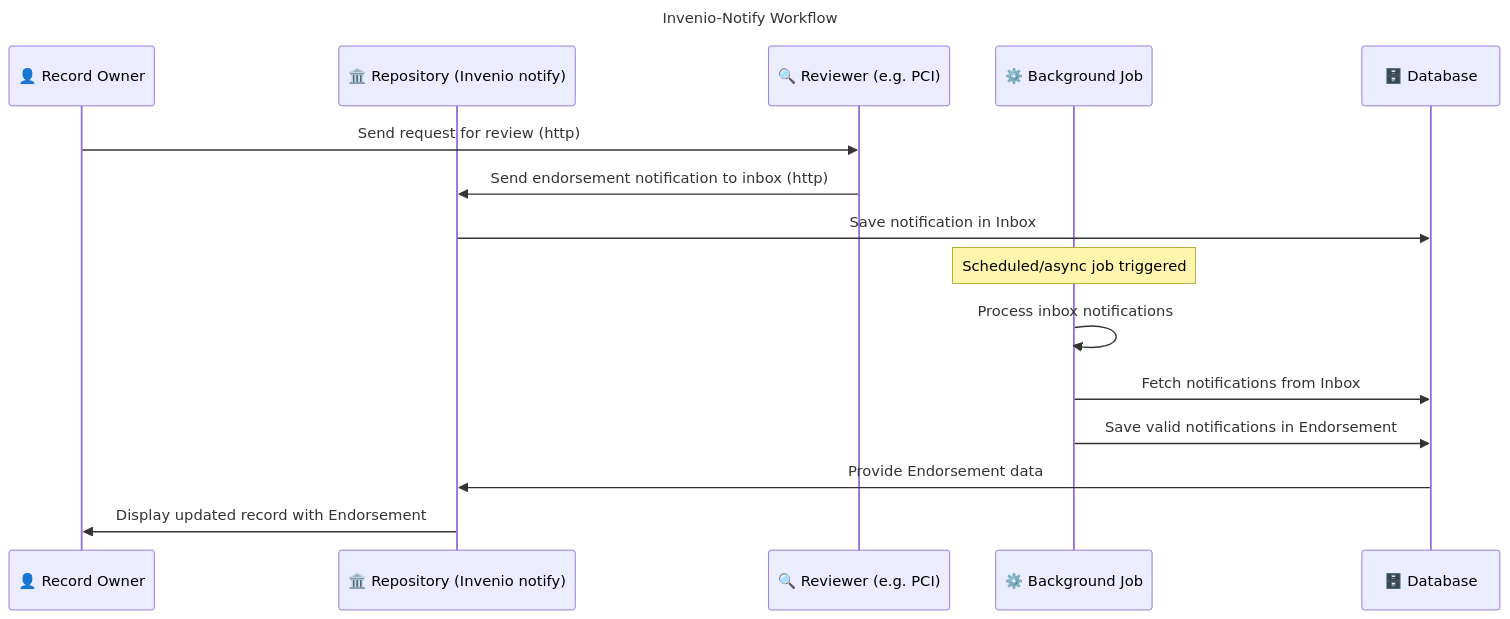
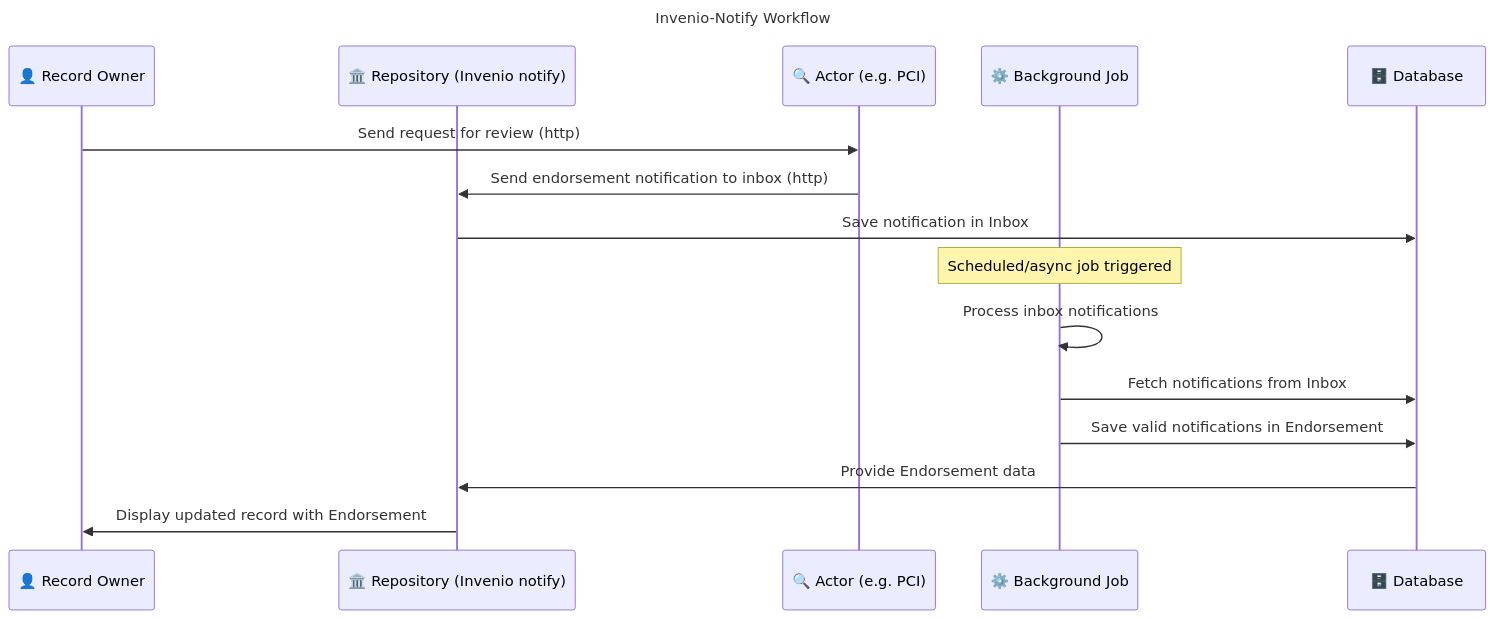
One commit to CottageLabs/invenio-notify changed the diagram in docs/diagram/notify_workflow.mmd. Above: the diagram before and after it, drawn with Mermaid. The commit also changed 84 other files, not shown here.

```diff
--- a/docs/diagram/notify_workflow.mmd
+++ b/docs/diagram/notify_workflow.mmd
@@ -1,19 +1,19 @@
 ---
 title: Invenio-Notify Workflow
 ---
 sequenceDiagram
     participant RO as 👤 Record Owner
     participant R as 🏛️ Repository (Invenio notify)
-    participant Rev as 🔍 Reviewer (e.g. PCI)
+    participant Rev as 🔍 Actor (e.g. PCI)
     participant BJ as ⚙️ Background Job
     participant DB as 🗄️ Database
 
     RO->>Rev: Send request for review (http)
     Rev->>R: Send endorsement notification to inbox (http)
     R->>DB: Save notification in Inbox
     Note over BJ: Scheduled/async job triggered
     BJ->>BJ: Process inbox notifications
     BJ->>DB: Fetch notifications from Inbox
     BJ->>DB: Save valid notifications in Endorsement
     DB->>R: Provide Endorsement data
     R->>RO: Display updated record with Endorsement
```
